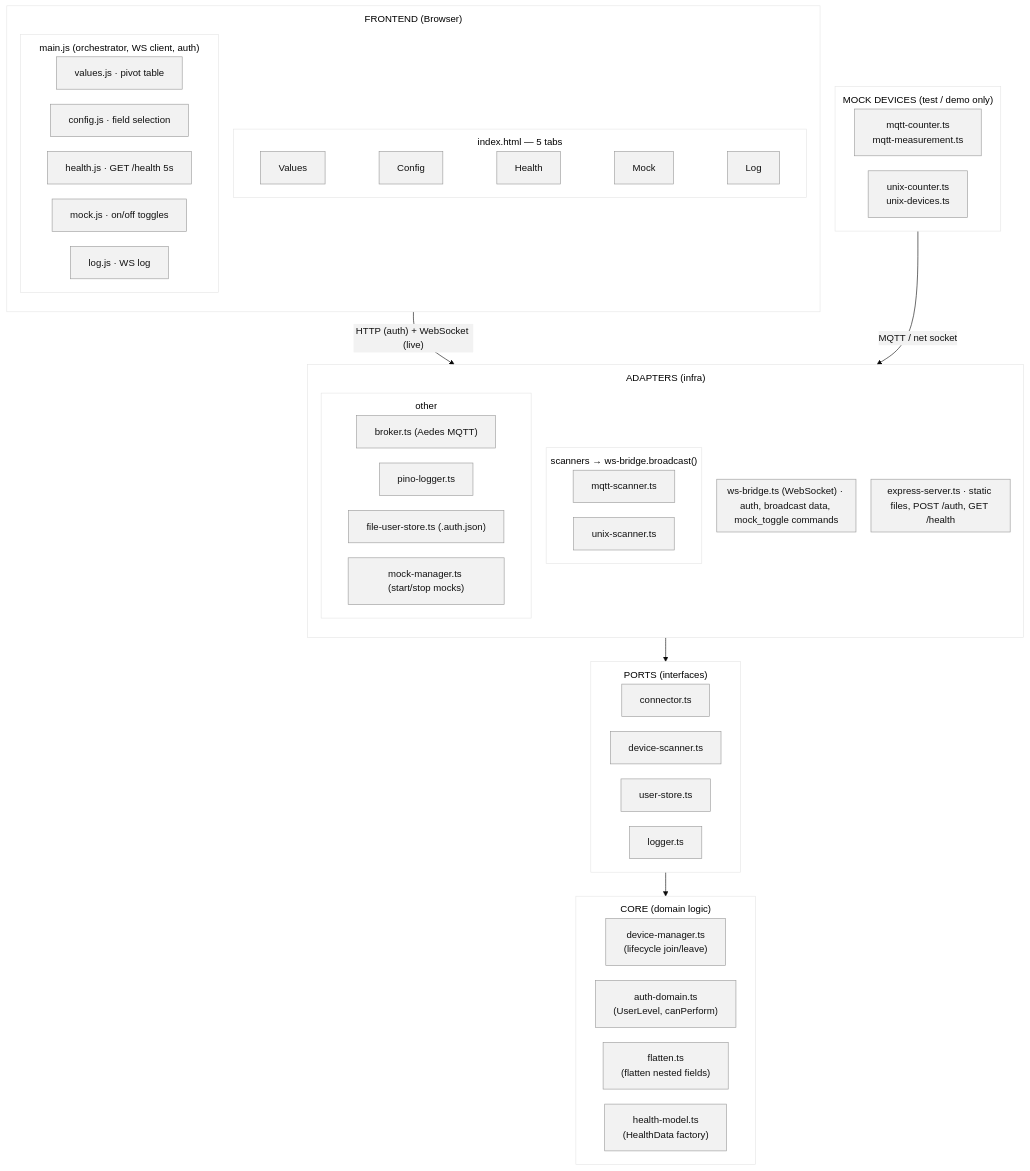
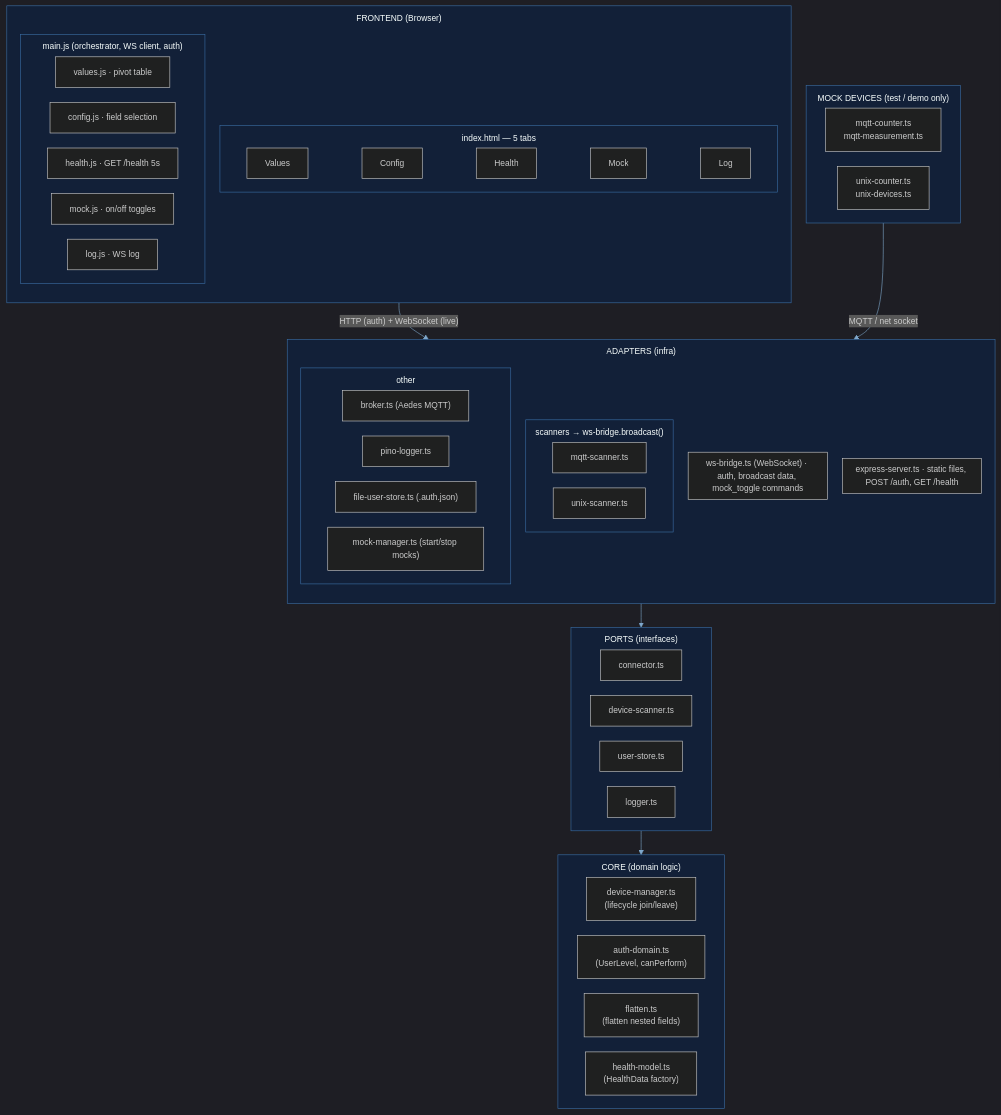
Before and after one commit to JuriPospelow/advancedGUI: the diagram in documentation/images/docs-scripts/component-diagram.mmd, drawn with Mermaid. The commit also changed 1 other file, not shown here.

Commit message:
docs: switch component diagram to dark navy background via mermaid dark theme

```diff
--- a/documentation/images/docs-scripts/component-diagram.mmd
+++ b/documentation/images/docs-scripts/component-diagram.mmd
@@ -1,65 +1,65 @@
-%%{init: {"theme":"base","themeVariables":{"primaryColor":"#f2f2f2","primaryBorderColor":"#999999","primaryTextColor":"#111"},"flowchart":{"rankDir":"TB","nodeSpacing":25,"rankSpacing":40,"useMaxWidth":false,"subGraphTitleMargin":{"top":10,"bottom":5}}}}%%
+%%{init: {"theme":"dark","themeVariables":{"background":"#0f1b2d","primaryColor":"#16233c","primaryBorderColor":"#3b6ea5","primaryTextColor":"#e6edf5","clusterBkg":"#122038","clusterBorder":"#3b6ea5","lineColor":"#7fa8cc","fontSize":"14px"},"flowchart":{"rankDir":"TB","nodeSpacing":25,"rankSpacing":40,"useMaxWidth":false,"subGraphTitleMargin":{"top":10,"bottom":5}}}}%%
 
 flowchart TB
     subgraph FE["FRONTEND (Browser)"]
         direction TB
         subgraph FER["index.html — 5 tabs"]
             direction LR
             T1["Values"] ~~~ T2["Config"] ~~~ T3["Health"] ~~~ T4["Mock"] ~~~ T5["Log"]
         end
         subgraph FEM["main.js (orchestrator, WS client, auth)"]
             direction LR
             J1["values.js · pivot table"]
             J2["config.js · field selection"]
             J3["health.js · GET /health 5s"]
             J4["mock.js · on/off toggles"]
             J5["log.js · WS log"]
         end
     end
 
     subgraph ADAPT["ADAPTERS (infra)"]
         direction TB
         subgraph AEX["express-server.ts · static files, POST /auth, GET /health"]
         end
         subgraph AWS["ws-bridge.ts (WebSocket) · auth, broadcast data, mock_toggle commands"]
         end
         subgraph ASC["scanners → ws-bridge.broadcast()"]
             direction LR
             MQ["mqtt-scanner.ts"]
             UQ["unix-scanner.ts"]
         end
         subgraph AOTH["other"]
             direction LR
             B1["broker.ts (Aedes MQTT)"]
             LG["pino-logger.ts"]
             US["file-user-store.ts (.auth.json)"]
             MM["mock-manager.ts (start/stop mocks)"]
         end
     end
 
     subgraph PORTS["PORTS (interfaces)"]
         direction LR
         C1["connector.ts"]
         DS["device-scanner.ts"]
         UST["user-store.ts"]
         LGT["logger.ts"]
     end
 
     subgraph CORE["CORE (domain logic)"]
         direction LR
         DM["device-manager.ts<br/>(lifecycle join/leave)"]
         AD["auth-domain.ts<br/>(UserLevel, canPerform)"]
         FL["flatten.ts<br/>(flatten nested fields)"]
         HM["health-model.ts<br/>(HealthData factory)"]
     end
 
     subgraph MOCK["MOCK DEVICES (test / demo only)"]
         direction LR
         MC["mqtt-counter.ts<br/>mqtt-measurement.ts"]
         UC["unix-counter.ts<br/>unix-devices.ts"]
     end
 
     FE -- "HTTP (auth) + WebSocket (live)" --> ADAPT
     ADAPT --> PORTS
     PORTS --> CORE
     MOCK -- "MQTT / net socket" --> ADAPT
```
